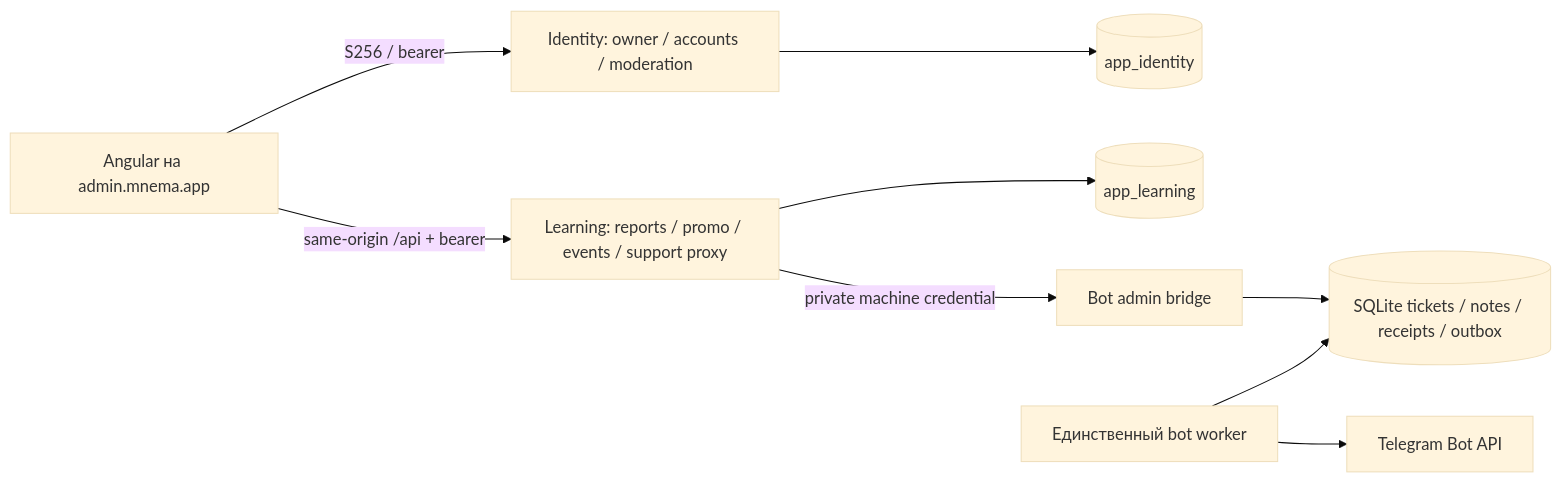
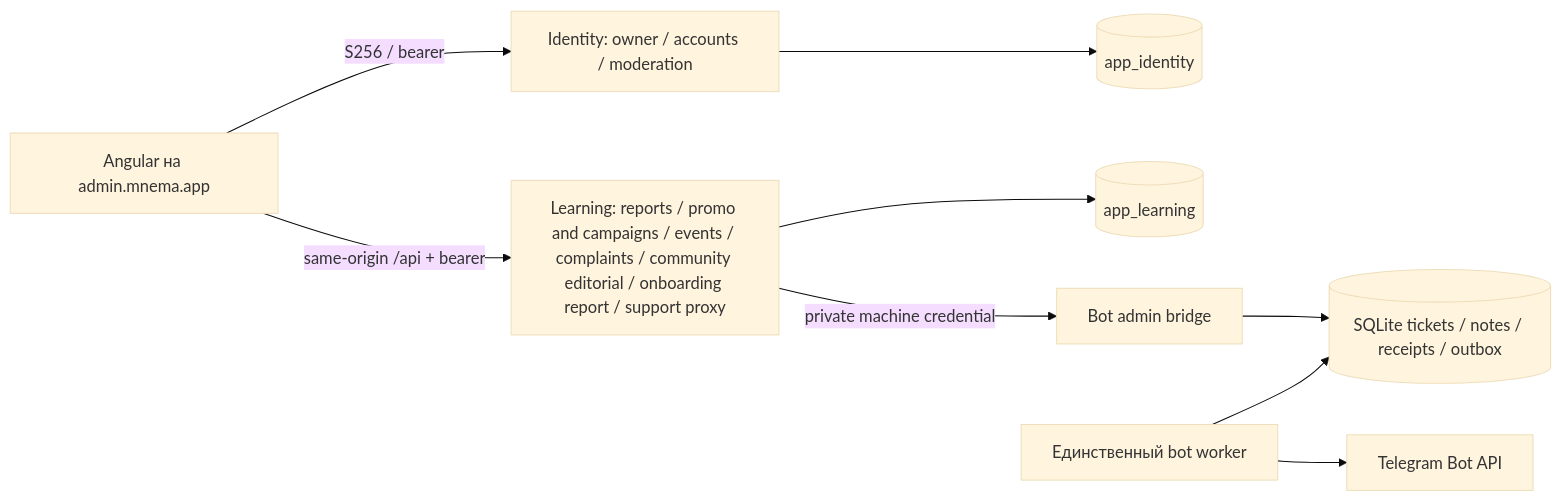
One commit to MattoYuzuru/Mnema changed the diagram in docs/architecture/admin-console.md. Above: the diagram before and after it, drawn with Mermaid (base theme). The commit also changed other lines of this file and 351 other files, not shown here.

````diff
--- a/docs/architecture/admin-console.md
+++ b/docs/architecture/admin-console.md
@@ -21,11 +21,11 @@
 ```mermaid
 flowchart LR
     UI[Angular на admin.mnema.app] -->|S256 / bearer| ID[Identity: owner / accounts / moderation]
-    UI -->|same-origin /api + bearer| L[Learning: reports / promo / events / support proxy]
+    UI -->|same-origin /api + bearer| L[Learning: reports / promo and campaigns / events / complaints / community editorial / onboarding report / support proxy]
     ID --> I[(app_identity)]
     L --> D[(app_learning)]
     L -->|private machine credential| B[Bot admin bridge]
     B --> Q[(SQLite tickets / notes / receipts / outbox)]
     W[Единственный bot worker] --> Q
     W --> TG[Telegram Bot API]
 ```
````
